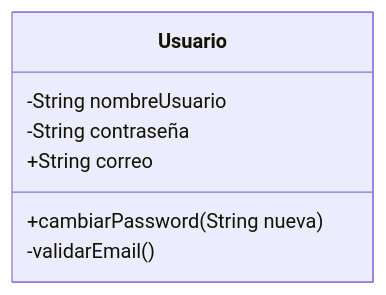
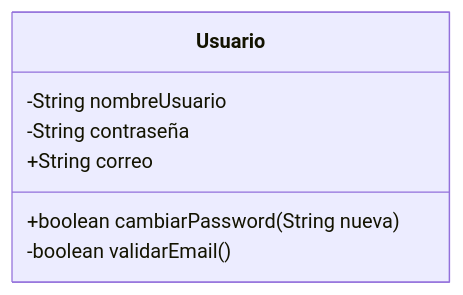
Before and after one commit to irenepm777/6.2.Bateria-de-ejercicios: the first of 6 diagrams in README.md, drawn with Mermaid. The commit also changed other lines of this file, not shown here.

````diff
--- a/README.md
+++ b/README.md
@@ -24,10 +25,10 @@
 ```mermaid
 classDiagram
     class Usuario {
         -String nombreUsuario
         -String contraseña
         +String correo
-        +cambiarPassword(String nueva)
-        -validarEmail()
+        +boolean cambiarPassword(String nueva)
+        -boolean validarEmail()
     }
 ```
````
